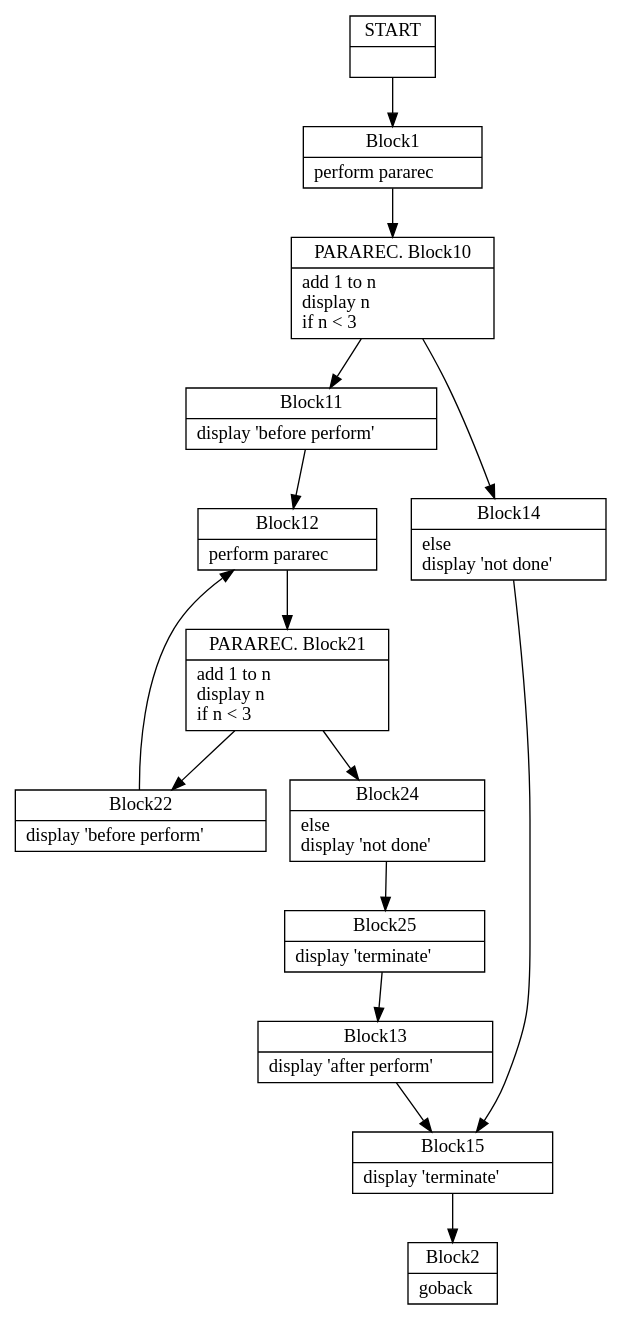
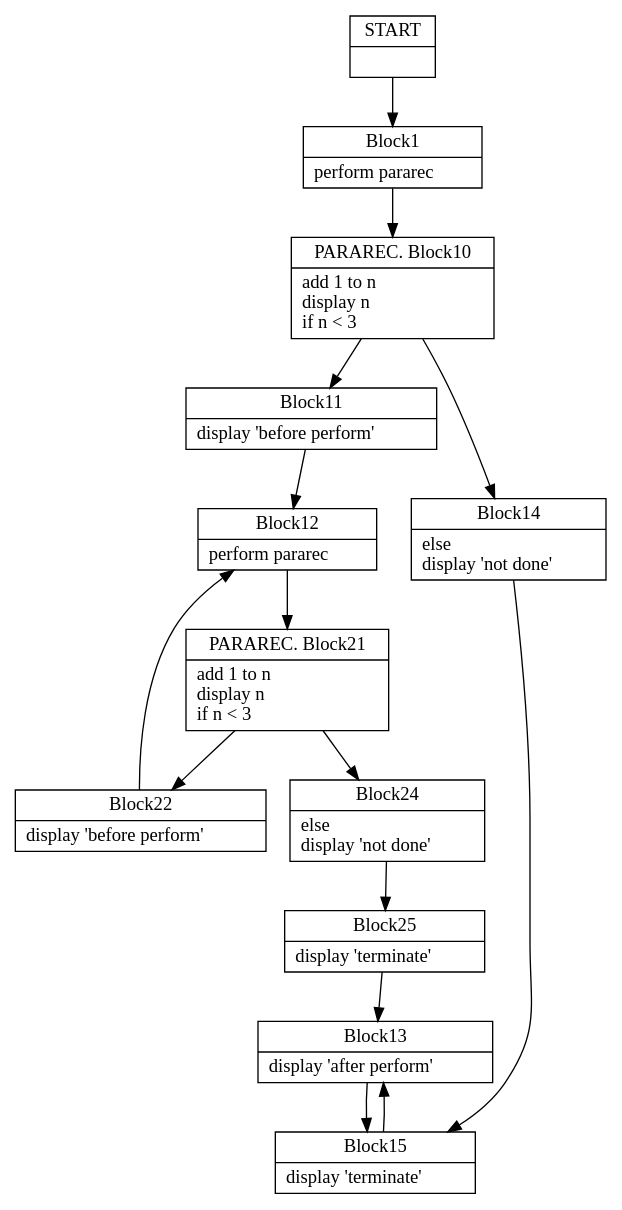
Before and after one commit to TypeCobolTeam/TypeCobol: the diagram in TypeCobol.Analysis.Test/BasicCfgInstrs/ExtendedPerformProc1Recursive0.dot, drawn with Graphviz. The commit also changed 12 other files, not shown here.

```diff
--- a/TypeCobol.Analysis.Test/BasicCfgInstrs/ExtendedPerformProc1Recursive0.dot
+++ b/TypeCobol.Analysis.Test/BasicCfgInstrs/ExtendedPerformProc1Recursive0.dot
@@ -1,64 +1,61 @@
 digraph Cfg {
 compound=true;
 node [
 shape = "record"
 ]
 
 edge [
 arrowtail = "empty"
 ]
 Block0 [
 label = "{START|}"
 ]
 Block1 [
 label = "{Block1|    perform pararec\l}"
 ]
 Block10 [
 label = "{PARAREC. Block10|    add 1 to n\l    display n\l    if n \< 3\l}"
 ]
 Block11 [
 label = "{Block11|       display 'before perform'\l}"
 ]
 Block12 [
 label = "{Block12|       perform pararec\l}"
 ]
 Block21 [
 label = "{PARAREC. Block21|    add 1 to n\l    display n\l    if n \< 3\l}"
 ]
 Block22 [
 label = "{Block22|       display 'before perform'\l}"
 ]
 Block24 [
 label = "{Block24|    else\l       display 'not done'\l}"
 ]
 Block25 [
 label = "{Block25|    display 'terminate'\l}"
 ]
 Block13 [
 label = "{Block13|       display 'after perform'\l}"
 ]
 Block15 [
 label = "{Block15|    display 'terminate'\l}"
 ]
-Block2 [
-label = "{Block2|    goback\l}"
-]
 Block14 [
 label = "{Block14|    else\l       display 'not done'\l}"
 ]
 Block0 -> Block1
 Block1 -> Block10
 Block10 -> Block11
 Block10 -> Block14
 Block11 -> Block12
 Block12 -> Block21
 Block21 -> Block22
 Block21 -> Block24
 Block22 -> Block12
 Block24 -> Block25
 Block25 -> Block13
 Block13 -> Block15
-Block15 -> Block2
+Block15 -> Block13
 Block14 -> Block15
 
 }
```
